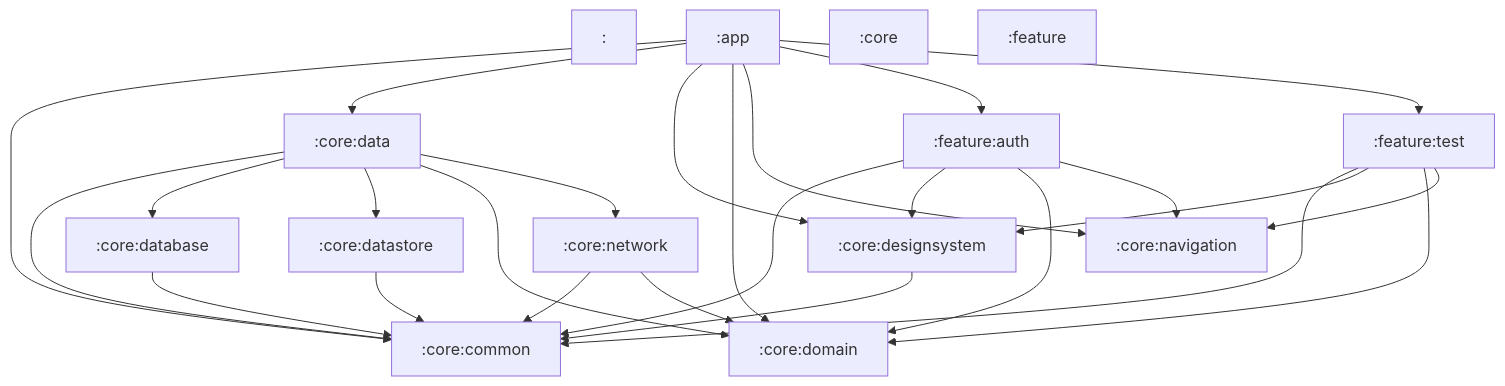
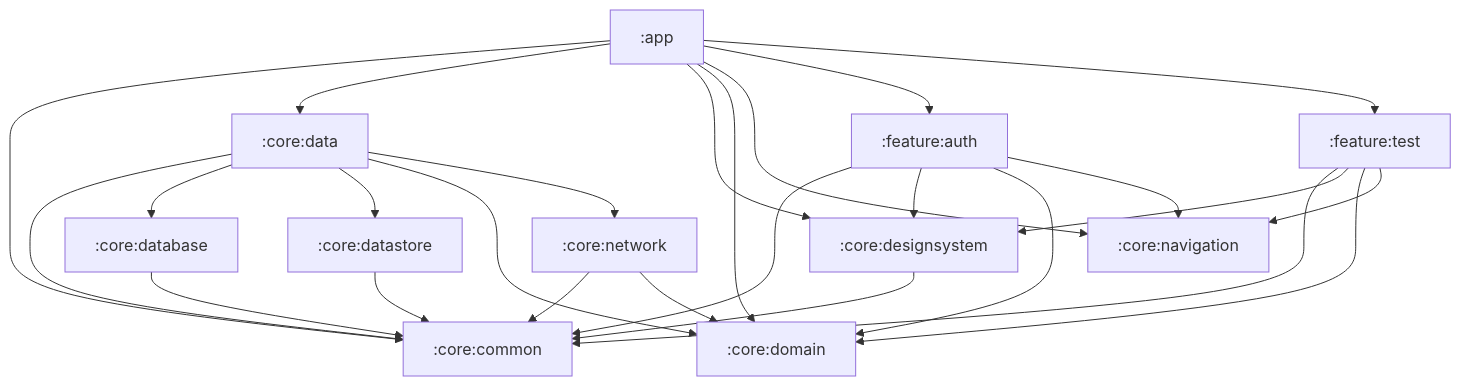
The diagram in docs/module-deps.md (kkh725/Multi_Module_Template), drawn with Mermaid before and after one commit. The commit also changed 18 other files, not shown here.

````diff
--- a/docs/module-deps.md
+++ b/docs/module-deps.md
@@ -1,42 +1,39 @@
 ```mermaid
 graph TD
-    _[":"]
     _app[":app"]
     _app --> _core_common
     _app --> _core_data
     _app --> _core_designsystem
     _app --> _core_domain
     _app --> _core_navigation
     _app --> _feature_auth
     _app --> _feature_test
-    _core[":core"]
     _core_common[":core:common"]
     _core_data[":core:data"]
     _core_data --> _core_common
     _core_data --> _core_database
     _core_data --> _core_datastore
     _core_data --> _core_domain
     _core_data --> _core_network
     _core_database[":core:database"]
     _core_database --> _core_common
     _core_datastore[":core:datastore"]
     _core_datastore --> _core_common
     _core_designsystem[":core:designsystem"]
     _core_designsystem --> _core_common
     _core_domain[":core:domain"]
     _core_navigation[":core:navigation"]
     _core_network[":core:network"]
     _core_network --> _core_common
     _core_network --> _core_domain
-    _feature[":feature"]
     _feature_auth[":feature:auth"]
     _feature_auth --> _core_common
     _feature_auth --> _core_designsystem
     _feature_auth --> _core_domain
     _feature_auth --> _core_navigation
     _feature_test[":feature:test"]
     _feature_test --> _core_common
     _feature_test --> _core_designsystem
     _feature_test --> _core_domain
     _feature_test --> _core_navigation
 ```
````
